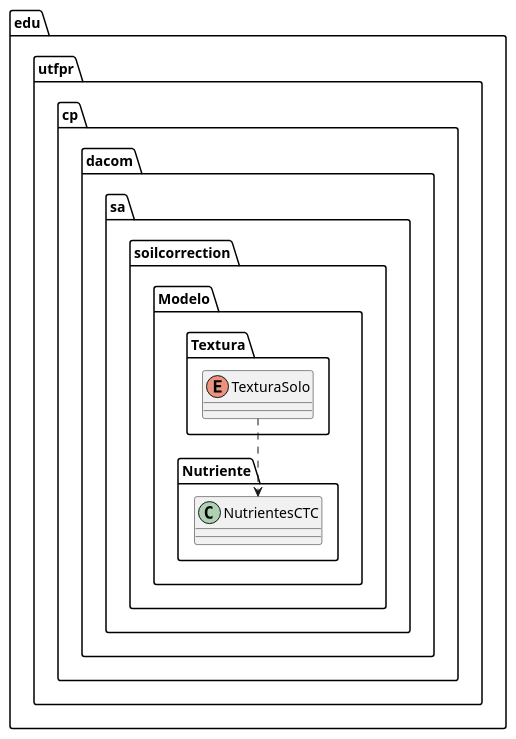
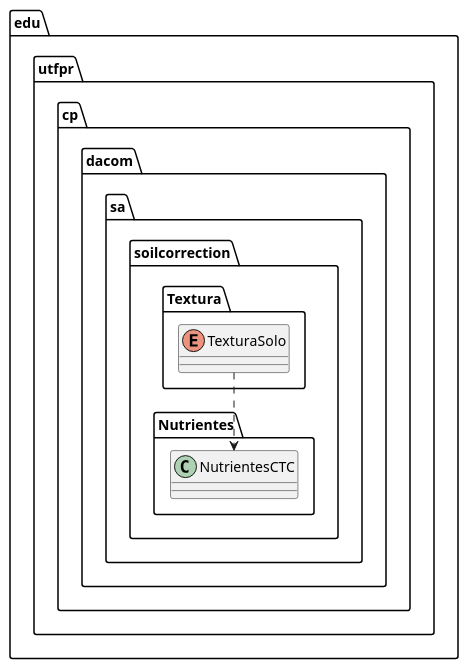
The diagram in TexturaUML.puml (gabrielluislopes/sa-soilcorrection), drawn with PlantUML before and after one commit. The commit also changed 59 other files, not shown here.

```diff
--- a/TexturaUML.puml
+++ b/TexturaUML.puml
@@ -1,5 +1,5 @@
 @startuml
-class edu.utfpr.cp.dacom.sa.soilcorrection.Modelo.Nutriente.NutrientesCTC
-enum edu.utfpr.cp.dacom.sa.soilcorrection.Modelo.Textura.TexturaSolo
-edu.utfpr.cp.dacom.sa.soilcorrection.Modelo.Textura.TexturaSolo ..> edu.utfpr.cp.dacom.sa.soilcorrection.Modelo.Nutriente.NutrientesCTC
+class edu.utfpr.cp.dacom.sa.soilcorrection.Nutrientes.NutrientesCTC
+enum edu.utfpr.cp.dacom.sa.soilcorrection.Textura.TexturaSolo
+edu.utfpr.cp.dacom.sa.soilcorrection.Textura.TexturaSolo ..> edu.utfpr.cp.dacom.sa.soilcorrection.Nutrientes.NutrientesCTC
 @enduml
```
